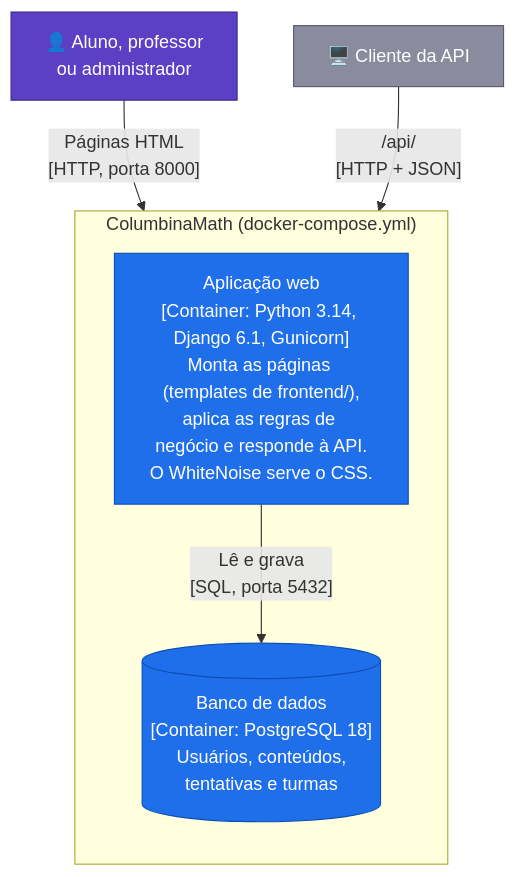
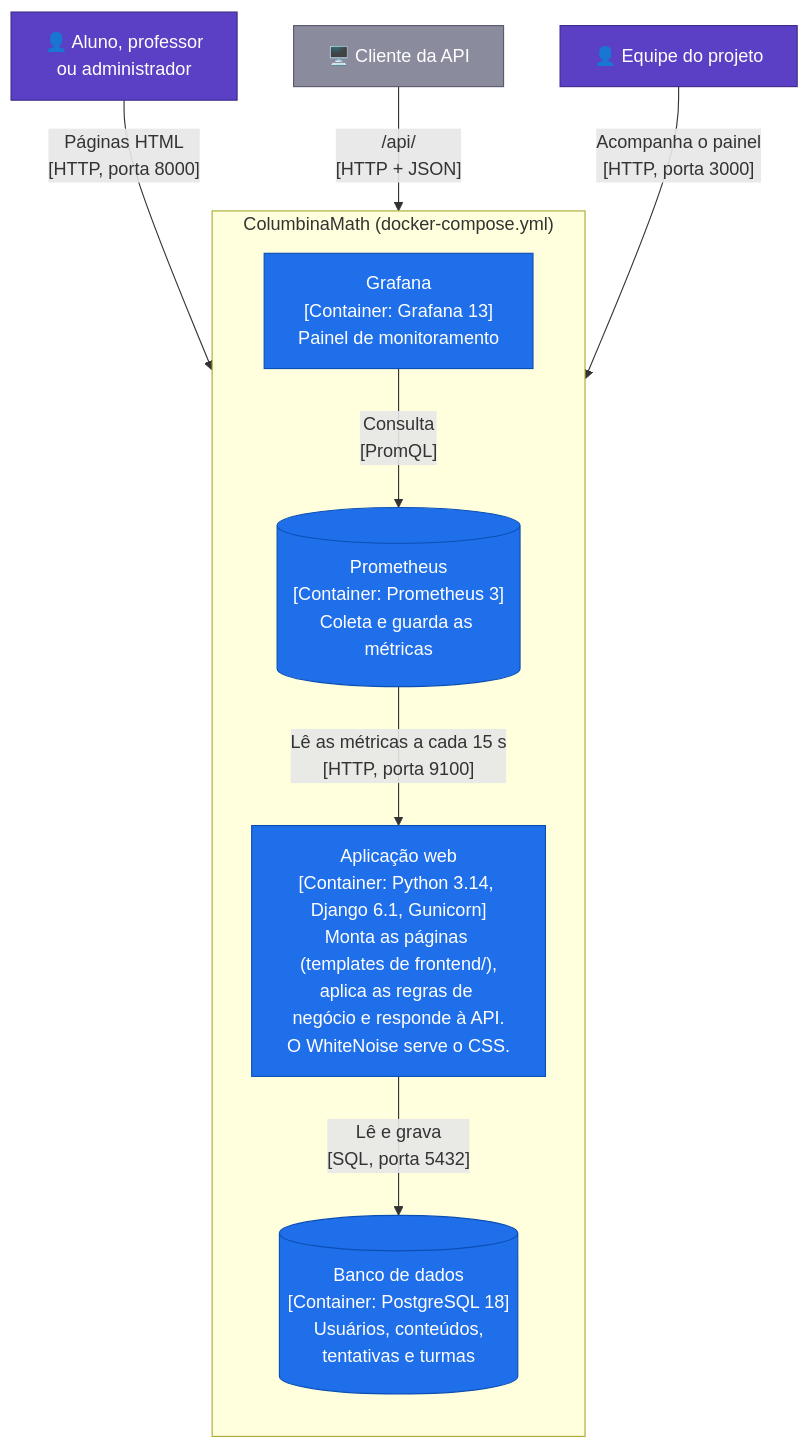
One commit to th1agopaes/columbinamath changed the second of 5 diagrams in docs/arquitetura/arquitetura.md. Above: the diagram before and after it, drawn with Mermaid. The commit also changed other lines of this file and 22 other files, not shown here.

First line of the commit message:
feat(infra): monitorar a aplicação com Prometheus e Grafana (#76)

````diff
--- a/docs/arquitetura/arquitetura.md
+++ b/docs/arquitetura/arquitetura.md
@@ -37,22 +37,28 @@
 ```mermaid
 flowchart TB
     usuario["👤 Aluno, professor<br/>ou administrador"]
     cliente["🖥️ Cliente da API"]
+    equipe["👤 Equipe do projeto"]
 
     subgraph columbinamath["ColumbinaMath (docker-compose.yml)"]
         direction TB
         web["Aplicação web<br/>[Container: Python 3.14, Django 6.1, Gunicorn]<br/>Monta as páginas (templates de frontend/),<br/>aplica as regras de negócio e responde à API.<br/>O WhiteNoise serve o CSS."]
         db[("Banco de dados<br/>[Container: PostgreSQL 18]<br/>Usuários, conteúdos,<br/>tentativas e turmas")]
+        prometheus[("Prometheus<br/>[Container: Prometheus 3]<br/>Coleta e guarda as métricas")]
+        grafana["Grafana<br/>[Container: Grafana 13]<br/>Painel de monitoramento"]
     end
 
     usuario -- "Páginas HTML<br/>[HTTP, porta 8000]" --> web
     cliente -- "/api/<br/>[HTTP + JSON]" --> web
     web -- "Lê e grava<br/>[SQL, porta 5432]" --> db
+    prometheus -- "Lê as métricas a cada 15 s<br/>[HTTP, porta 9100]" --> web
+    grafana -- "Consulta<br/>[PromQL]" --> prometheus
+    equipe -- "Acompanha o painel<br/>[HTTP, porta 3000]" --> grafana
 
     classDef pessoa fill:#5b3fc4,stroke:#3d2a8a,color:#ffffff
     classDef container fill:#1f6feb,stroke:#0b4fb3,color:#ffffff
     classDef externo fill:#8b8b9e,stroke:#5b5870,color:#ffffff
-    class usuario pessoa
-    class web,db container
+    class usuario,equipe pessoa
+    class web,db,prometheus,grafana container
     class cliente externo
 ```
````
